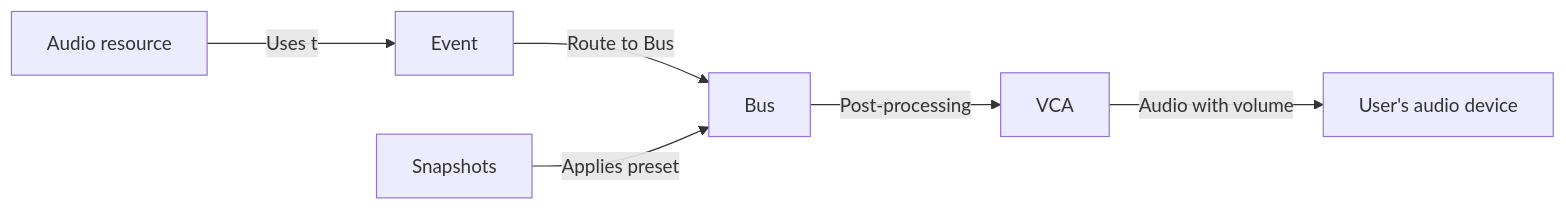
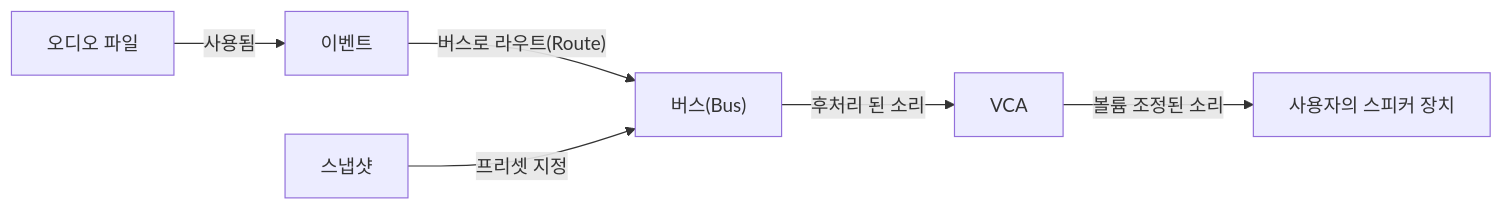
One commit to Creta5164/fmod-rmmv changed the diagram in README-ko.md. Above: the diagram before and after it, drawn with Mermaid. The commit also changed other lines of this file and 4 other files, not shown here.

````diff
--- a/README-ko.md
+++ b/README-ko.md
@@ -1093,8 +1101,8 @@
 ```mermaid
 graph LR;
-  audio[Audio resource]--Uses to-->event[Event];
-  event--Route to Bus-->bus[Bus];
-  bus--Post-processing-->vca[VCA];
-  vca--Audio with volume-->device[User's audio device];
-  snap[Snapshots]--Applies preset-->bus;
+  audio[오디오 파일]--사용됨-->event[이벤트];
+  event--"버스로 라우트(Route)"-->bus["버스(Bus)"];
+  bus--후처리 된 소리-->vca[VCA];
+  vca--볼륨 조정된 소리-->device[사용자의 스피커 장치];
+  snap[스냅샷]--프리셋 지정-->bus;
 ```
````
